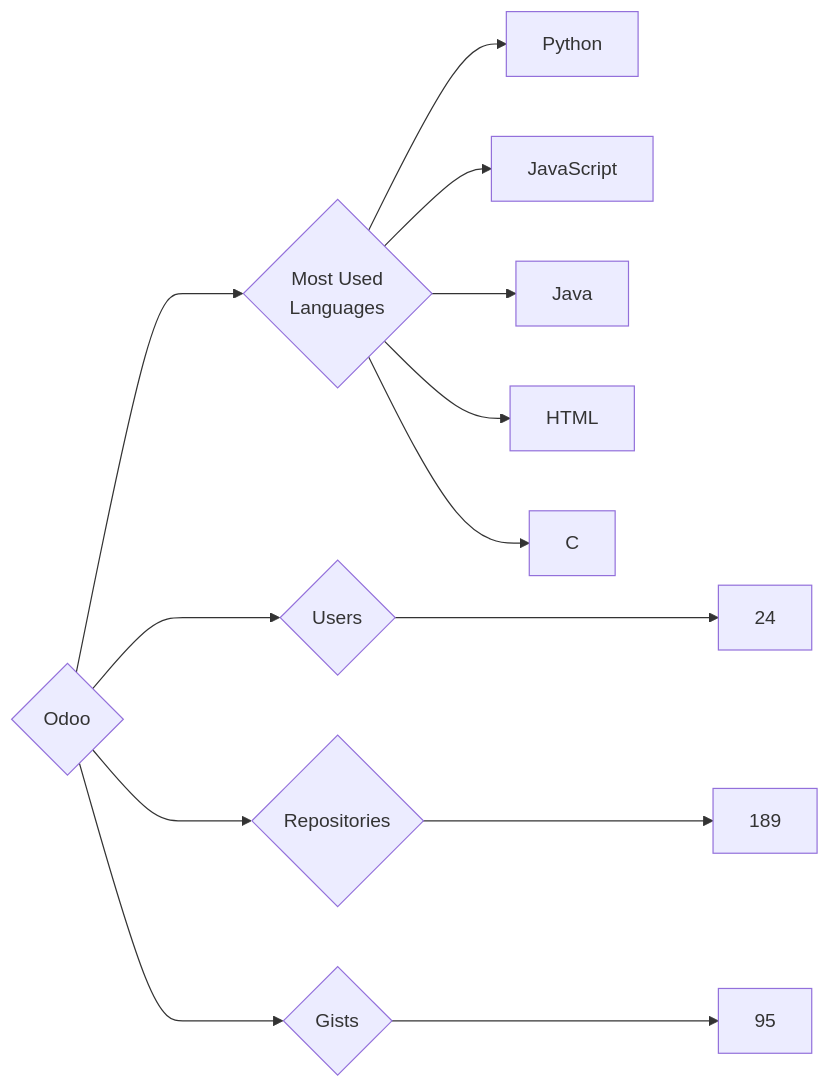
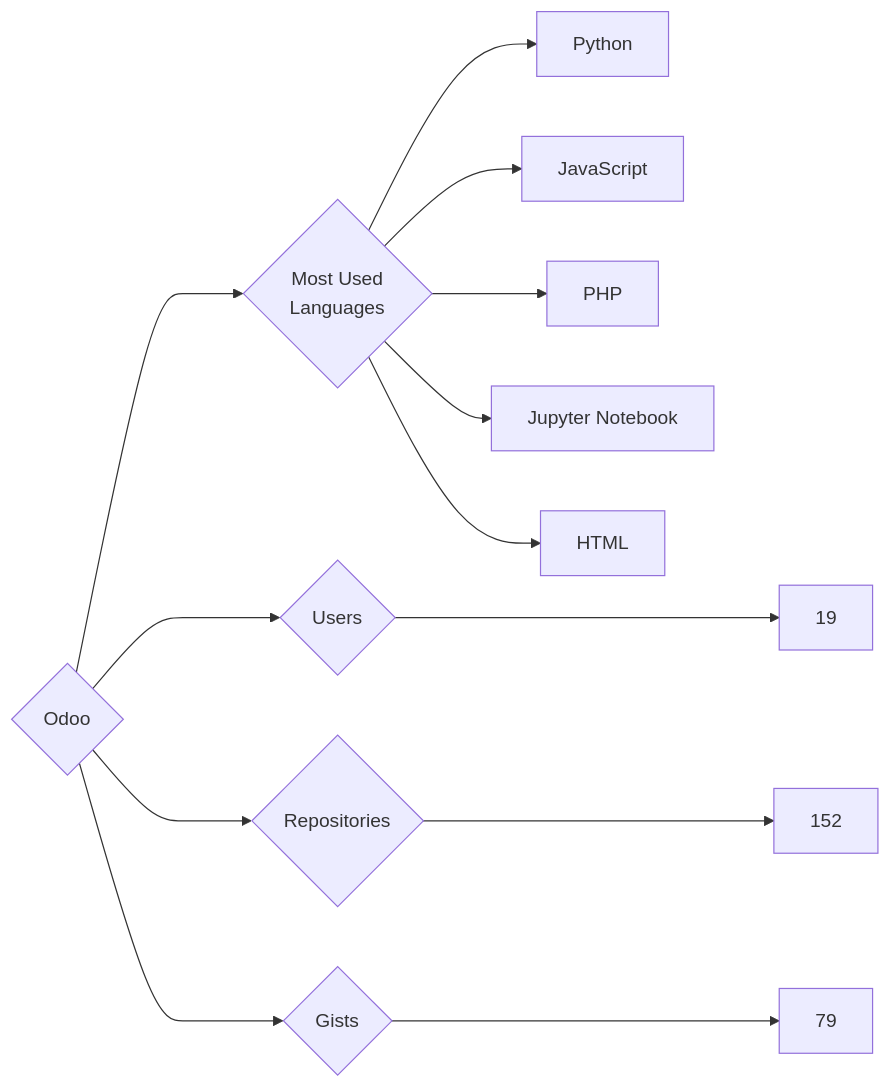
The diagram in targets/Odoo/README.md (trickest/insiders), drawn with Mermaid before and after one commit. The commit also changed 797 other files, not shown here.

````diff
--- a/targets/Odoo/README.md
+++ b/targets/Odoo/README.md
@@ -3,13 +3,13 @@
 ```mermaid
 graph LR
 COMPANY_NAME{Odoo}
-COMPANY_NAME ---> U{Users} ---> UN[24]
-COMPANY_NAME ---> R{Repositories} ---> RN[189]
-COMPANY_NAME ---> G{Gists} ---> GN[95]
+COMPANY_NAME ---> U{Users} ---> UN[19]
+COMPANY_NAME ---> R{Repositories} ---> RN[152]
+COMPANY_NAME ---> G{Gists} ---> GN[79]
 COMPANY_NAME ---> ML{Most Used<br>Languages}
 ML --> Python[Python]
 ML --> JavaScript[JavaScript]
-ML --> Java[Java]
+ML --> PHP[PHP]
+ML --> Jupyter_Notebook[Jupyter Notebook]
 ML --> HTML[HTML]
-ML --> C[C]
 ```
````
